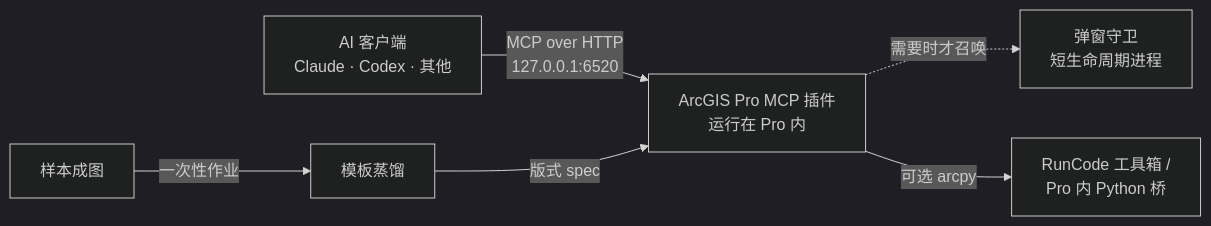
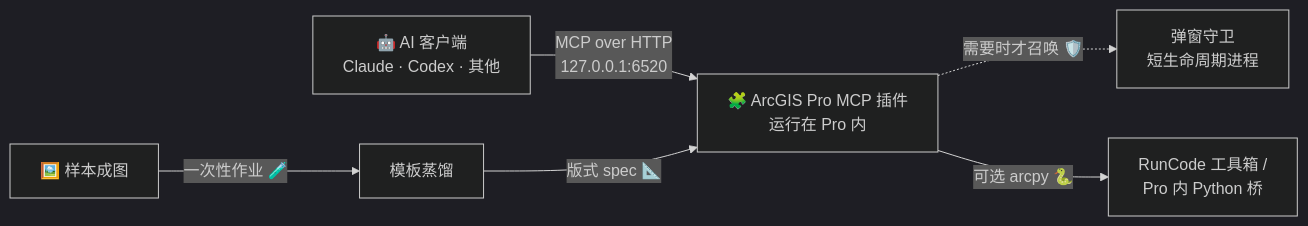
Before and after one commit to XNYGggg/arcgis-pro-mcp-optimized: the diagram in README.zh-CN.md, drawn with Mermaid (dark theme). The commit also changed other lines of this file and 2 other files, not shown here.

````diff
--- a/README.zh-CN.md
+++ b/README.zh-CN.md
@@ -30,8 +32,8 @@
 ```mermaid
 flowchart LR
-  AI[AI 客户端<br/>Claude · Codex · 其他] -->|MCP over HTTP<br/>127.0.0.1:6520| M[ArcGIS Pro MCP 插件<br/>运行在 Pro 内]
-  M -.->|需要时才召唤| G[弹窗守卫<br/>短生命周期进程]
-  M -->|可选 arcpy| R[RunCode 工具箱 /<br/>Pro 内 Python 桥]
-  F[样本成图] -->|一次性作业| D[模板蒸馏]
-  D -->|版式 spec| M
+  AI[🤖 AI 客户端<br/>Claude · Codex · 其他] -->|MCP over HTTP<br/>127.0.0.1:6520| M[🧩 ArcGIS Pro MCP 插件<br/>运行在 Pro 内]
+  M -.->|需要时才召唤 🛡️| G[弹窗守卫<br/>短生命周期进程]
+  M -->|可选 arcpy 🐍| R[RunCode 工具箱 /<br/>Pro 内 Python 桥]
+  F[🖼️ 样本成图] -->|一次性作业 🧪| D[模板蒸馏]
+  D -->|版式 spec 📐| M
 ```
````
